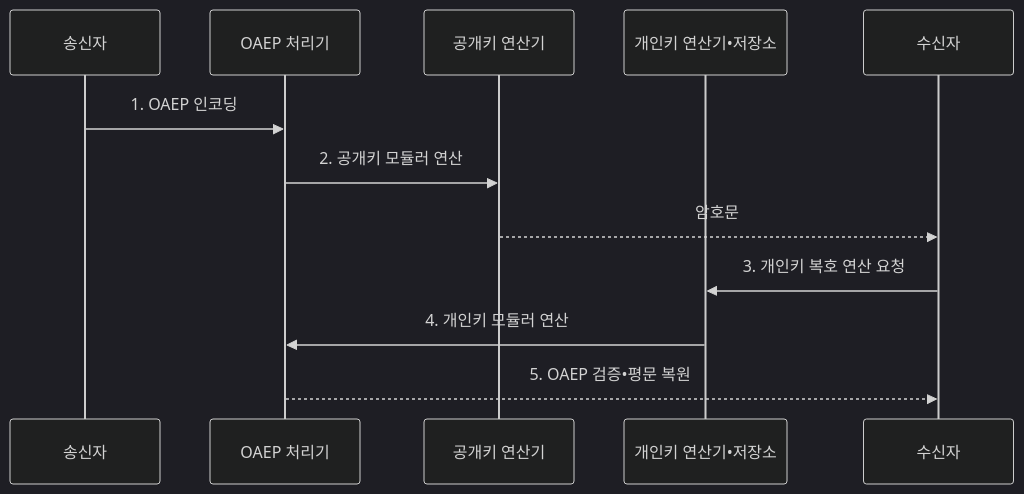
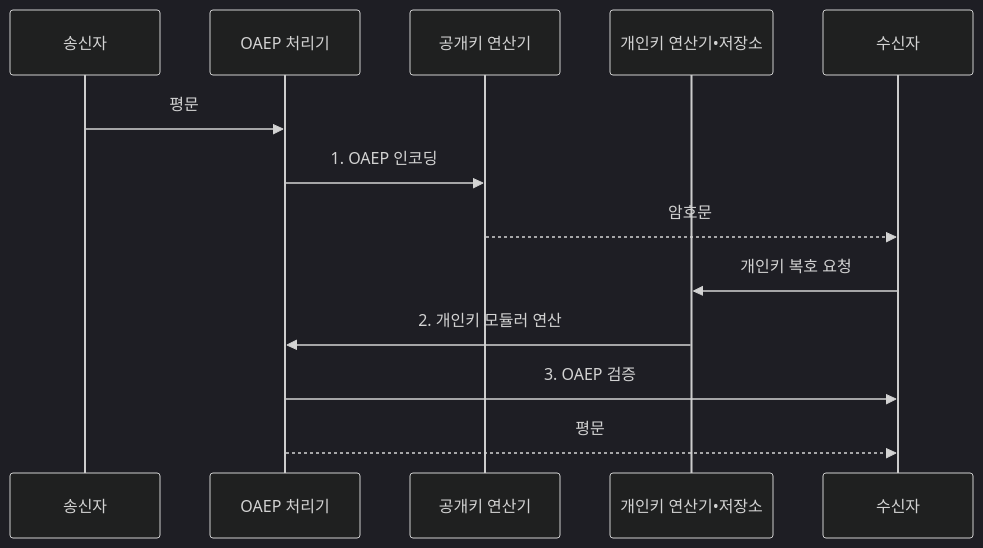
Before and after one commit to agnusdei1207/knowledge-base: the second of 2 diagrams in src/content/docs/notes/01-basic-theory/059_crypto_math_rsa.md, drawn with Mermaid (dark theme). The commit also changed other lines of this file and 20 other files, not shown here.

````diff
--- a/src/content/docs/notes/01-basic-theory/059_crypto_math_rsa.md
+++ b/src/content/docs/notes/01-basic-theory/059_crypto_math_rsa.md
@@ -100,14 +100,15 @@
 ```mermaid
 sequenceDiagram
     participant A as 송신자
     participant O as OAEP 처리기
     participant X as 공개키 연산기
     participant H as 개인키 연산기•저장소
     participant B as 수신자
-    A->>O: 1. OAEP 인코딩
-    O->>X: 2. 공개키 모듈러 연산
+    A->>O: 평문
+    O->>X: 1. OAEP 인코딩
     X-->>B: 암호문
-    B->>H: 3. 개인키 복호 연산 요청
-    H->>O: 4. 개인키 모듈러 연산
-    O-->>B: 5. OAEP 검증•평문 복원
+    B->>H: 개인키 복호 요청
+    H->>O: 2. 개인키 모듈러 연산
+    O->>B: 3. OAEP 검증
+    O-->>B: 평문
 ```
````
